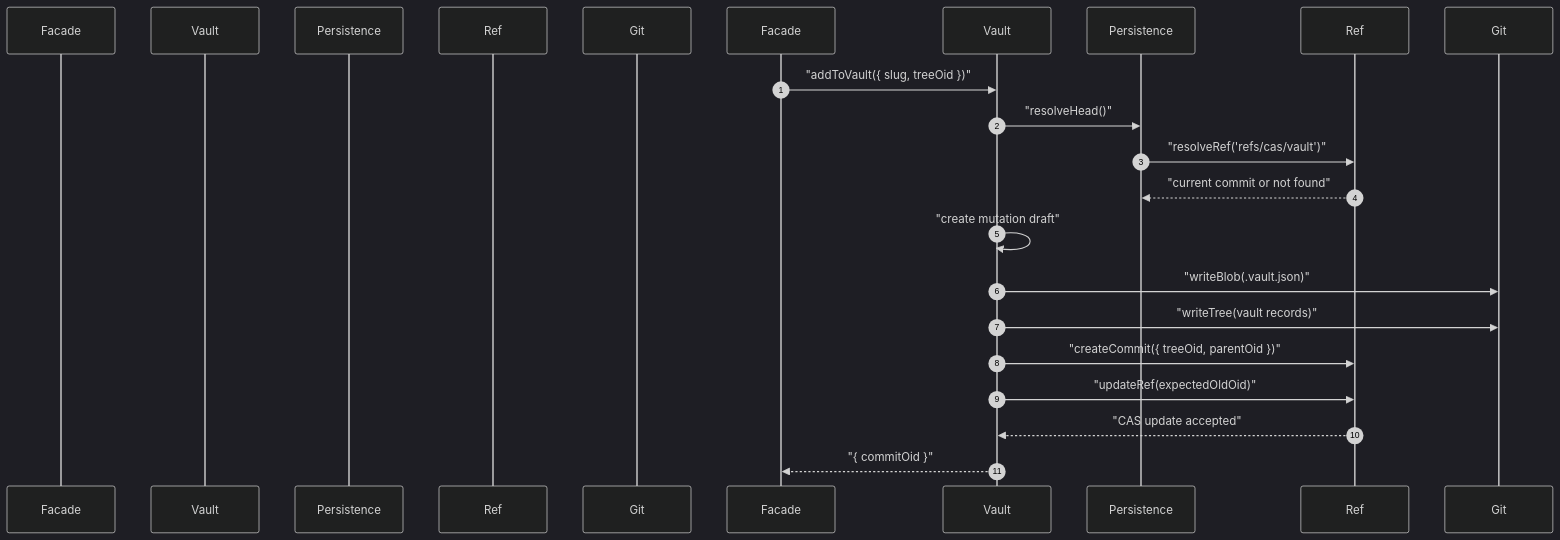
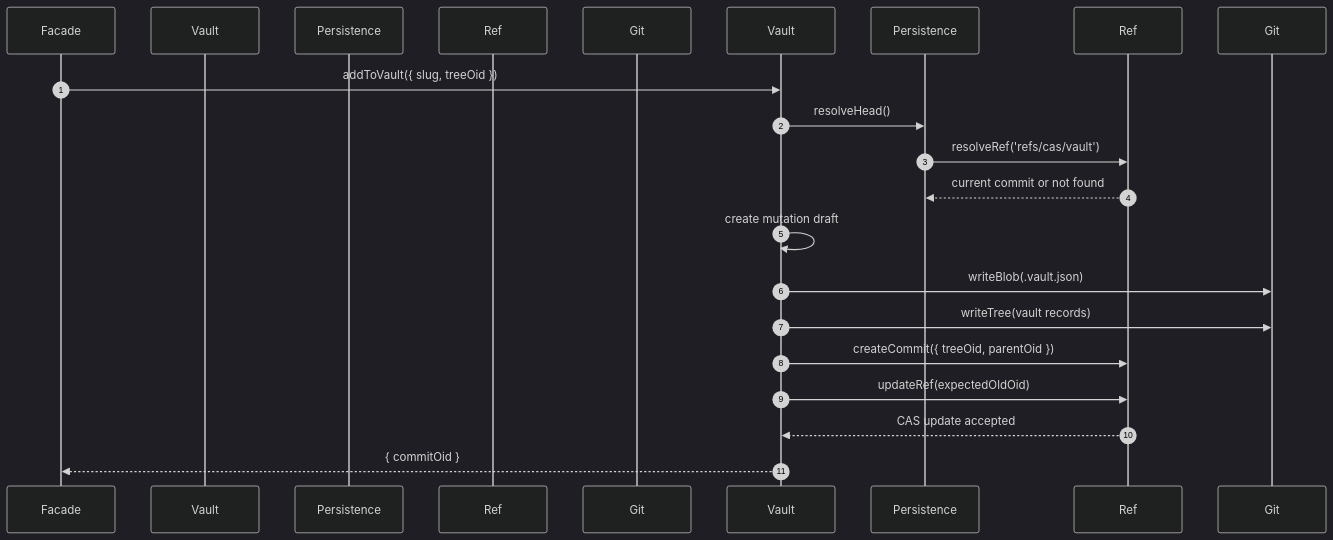
Before and after one commit to git-stunts/git-cas: diagram 11 of 24 in docs/TECHNICAL_TEARDOWN.md, drawn with Mermaid (dark theme). The commit also changed other lines of this file, not shown here.

Commit message:
docs: Update TECHNICAL_TEARDOWN Mind Map

````diff
--- a/docs/TECHNICAL_TEARDOWN.md
+++ b/docs/TECHNICAL_TEARDOWN.md
@@ -518,21 +518,21 @@
 ```mermaid
 sequenceDiagram
     autonumber
-    participant "Facade" as Facade
-    participant "VaultService" as Vault
-    participant "VaultPersistence" as Persistence
-    participant "GitRefAdapter" as Ref
-    participant "GitPersistenceAdapter" as Git
+    participant Facade as Facade
+    participant VaultService as Vault
+    participant VaultPersistence as Persistence
+    participant GitRefAdapter as Ref
+    participant GitPersistenceAdapter as Git
 
-    Facade->>Vault: "addToVault({ slug, treeOid })"
-    Vault->>Persistence: "resolveHead()"
-    Persistence->>Ref: "resolveRef('refs/cas/vault')"
-    Ref-->>Persistence: "current commit or not found"
-    Vault->>Vault: "create mutation draft"
-    Vault->>Git: "writeBlob(.vault.json)"
-    Vault->>Git: "writeTree(vault records)"
-    Vault->>Ref: "createCommit({ treeOid, parentOid })"
-    Vault->>Ref: "updateRef(expectedOldOid)"
-    Ref-->>Vault: "CAS update accepted"
-    Vault-->>Facade: "{ commitOid }"
+    Facade->>Vault: addToVault({ slug, treeOid })
+    Vault->>Persistence: resolveHead()
+    Persistence->>Ref: resolveRef('refs/cas/vault')
+    Ref-->>Persistence: current commit or not found
+    Vault->>Vault: create mutation draft
+    Vault->>Git: writeBlob(.vault.json)
+    Vault->>Git: writeTree(vault records)
+    Vault->>Ref: createCommit({ treeOid, parentOid })
+    Vault->>Ref: updateRef(expectedOldOid)
+    Ref-->>Vault: CAS update accepted
+    Vault-->>Facade: { commitOid }
 ```
````
